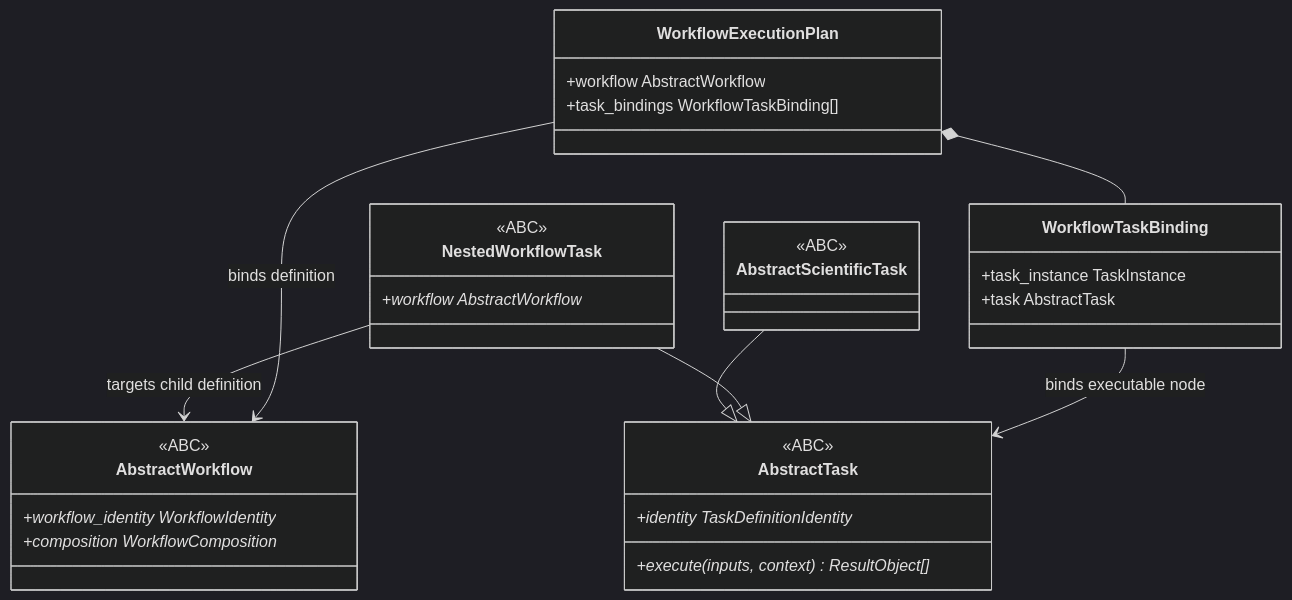
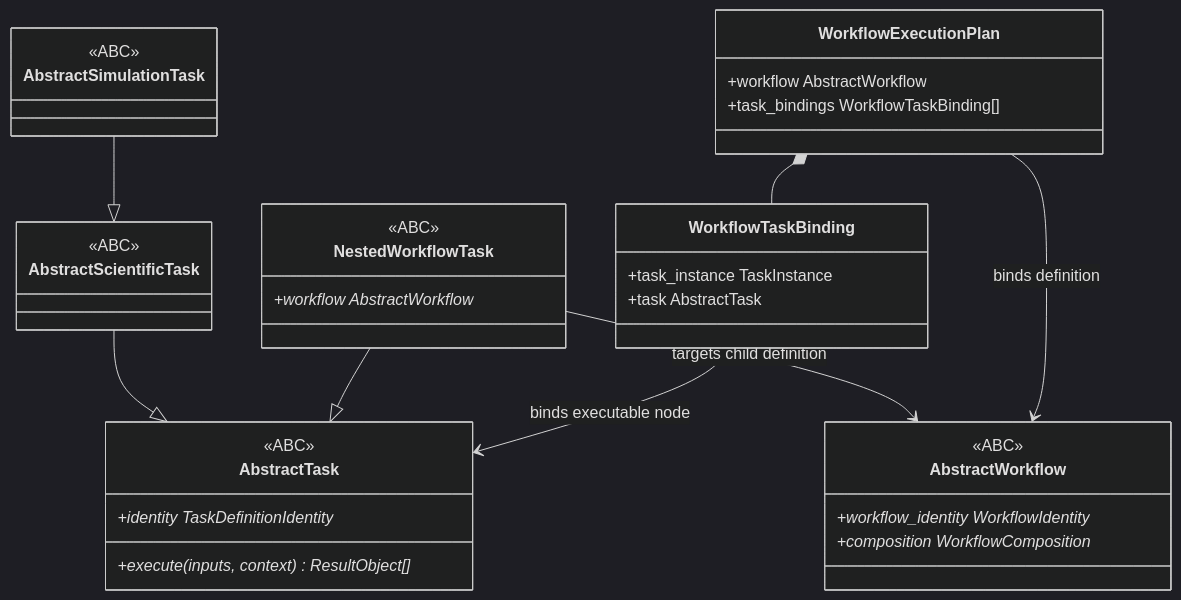
The first of 4 diagrams in docs/architecture/v2/ksdft2effmass/workflow/schematic.md (eragasa/ksdft2effmass), drawn with Mermaid (dark theme) before and after one commit. The commit also changed other lines of this file and 4 other files, not shown here.

Commit message:
docs(workflow): define simulation task ABC

````diff
--- a/docs/architecture/v2/ksdft2effmass/workflow/schematic.md
+++ b/docs/architecture/v2/ksdft2effmass/workflow/schematic.md
@@ -5,35 +5,39 @@
 ```mermaid
 classDiagram
     class AbstractTask {
         <<ABC>>
         +identity TaskDefinitionIdentity*
         +execute(inputs, context) ResultObject[]*
     }
     class AbstractScientificTask {
+        <<ABC>>
+    }
+    class AbstractSimulationTask {
         <<ABC>>
     }
     class AbstractWorkflow {
         <<ABC>>
         +workflow_identity WorkflowIdentity*
         +composition WorkflowComposition*
     }
     class NestedWorkflowTask {
         <<ABC>>
         +workflow AbstractWorkflow*
     }
     class WorkflowTaskBinding {
         +task_instance TaskInstance
         +task AbstractTask
     }
     class WorkflowExecutionPlan {
         +workflow AbstractWorkflow
         +task_bindings WorkflowTaskBinding[]
     }
 
     AbstractScientificTask --|> AbstractTask
+    AbstractSimulationTask --|> AbstractScientificTask
     NestedWorkflowTask --|> AbstractTask
     NestedWorkflowTask --> AbstractWorkflow : targets child definition
     WorkflowTaskBinding --> AbstractTask : binds executable node
     WorkflowExecutionPlan --> AbstractWorkflow : binds definition
     WorkflowExecutionPlan *-- WorkflowTaskBinding
 ```
````
